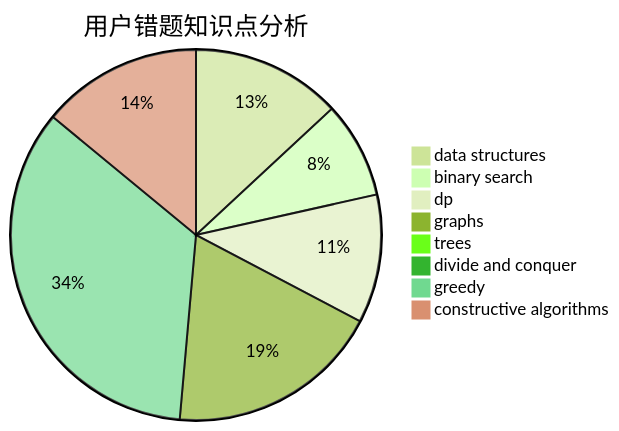
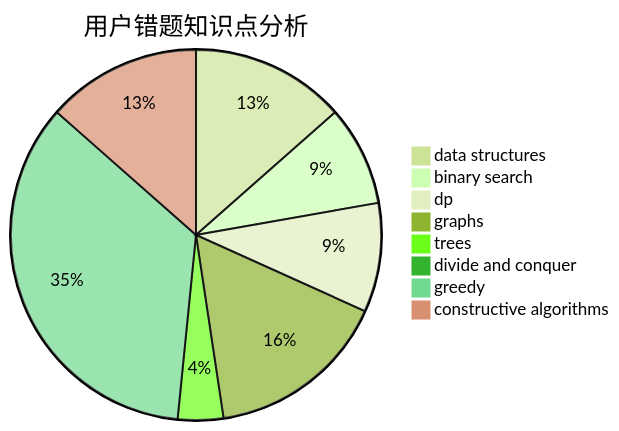
The third of 3 diagrams in docs/user/u737.md (sherpahu/cfrs.github.io), drawn with Mermaid (forest theme) before and after one commit. The commit also changed other lines of this file and 2770 other files, not shown here.

````diff
--- a/docs/user/u737.md
+++ b/docs/user/u737.md
@@ -36,11 +36,11 @@
 ```mermaid
 pie title 用户错题知识点分析
-    "data structures" :  14
-    "binary search" :  9
+    "data structures" :  17
+    "binary search" :  11
     "dp" :  12
     "graphs" :  20
-    "trees" :  0
+    "trees" :  5
     "divide and conquer" :  1
-    "greedy" :  37
-    "constructive algorithms" :  15
+    "greedy" :  44
+    "constructive algorithms" :  17
 ```
````
